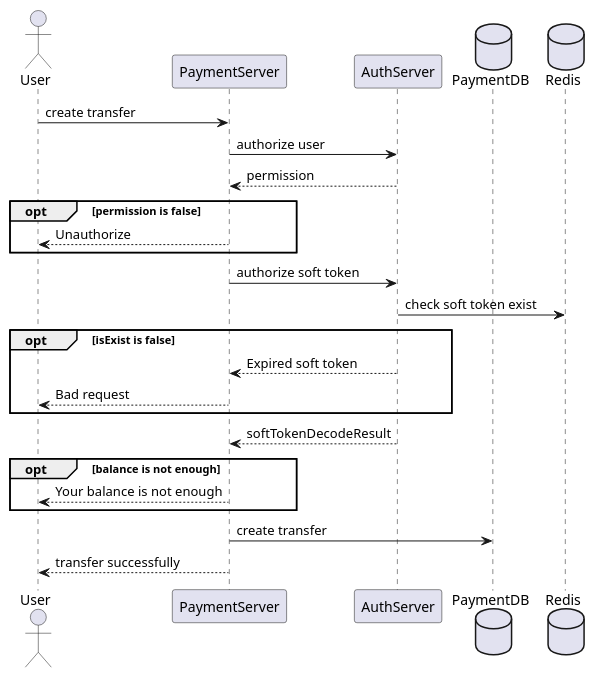
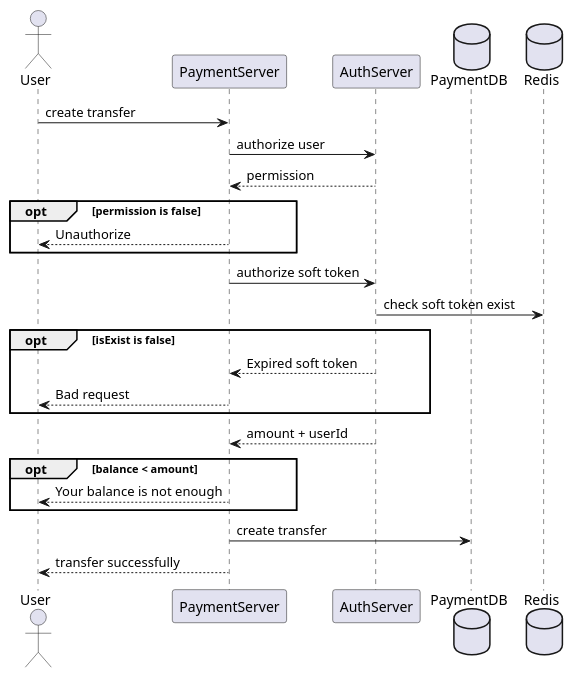
One commit to ntan1902/hey-app changed the diagram in documents/uml/sequence/Transfer.puml. Above: the diagram before and after it, drawn with PlantUML.

Commit message:
Fix append expired lucky money

```diff
--- a/documents/uml/sequence/Transfer.puml
+++ b/documents/uml/sequence/Transfer.puml
@@ -2,28 +2,28 @@
 @startuml
 
 actor User
 
 participant PaymentServer
 participant AuthServer
 database PaymentDB
 database Redis
 
 User -> PaymentServer: create transfer
 PaymentServer -> AuthServer: authorize user
 PaymentServer <-- AuthServer: permission
 opt permission is false
     PaymentServer --> User: Unauthorize
 end
 PaymentServer -> AuthServer: authorize soft token
 AuthServer -> Redis: check soft token exist
 opt isExist is false 
     AuthServer --> PaymentServer: Expired soft token
     PaymentServer --> User: Bad request
 end
-PaymentServer <-- AuthServer: softTokenDecodeResult
-opt balance is not enough
+PaymentServer <-- AuthServer: amount + userId
+opt balance < amount
     PaymentServer --> User: Your balance is not enough
 end
 PaymentServer -> PaymentDB: create transfer
 PaymentServer --> User: transfer successfully
 @enduml
```
